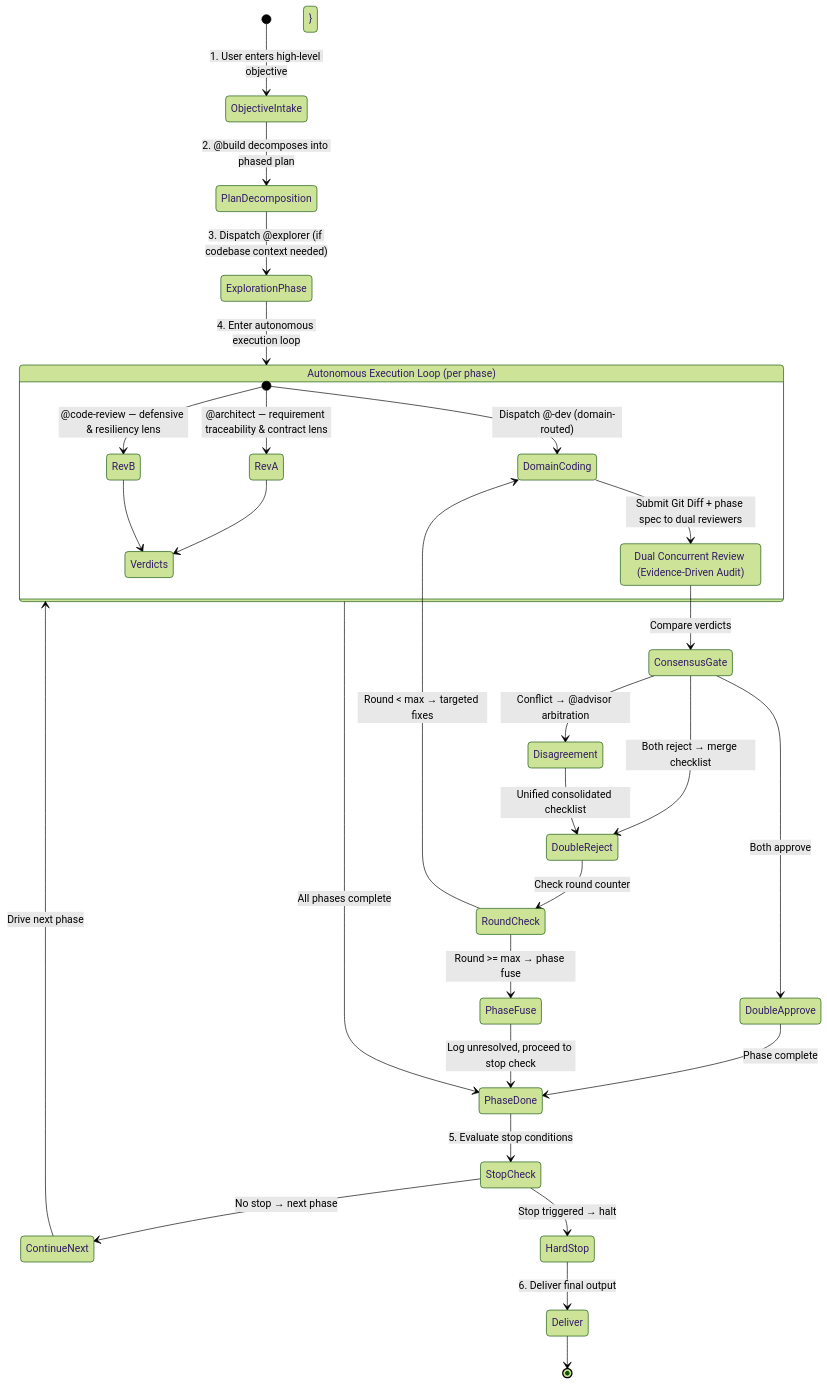
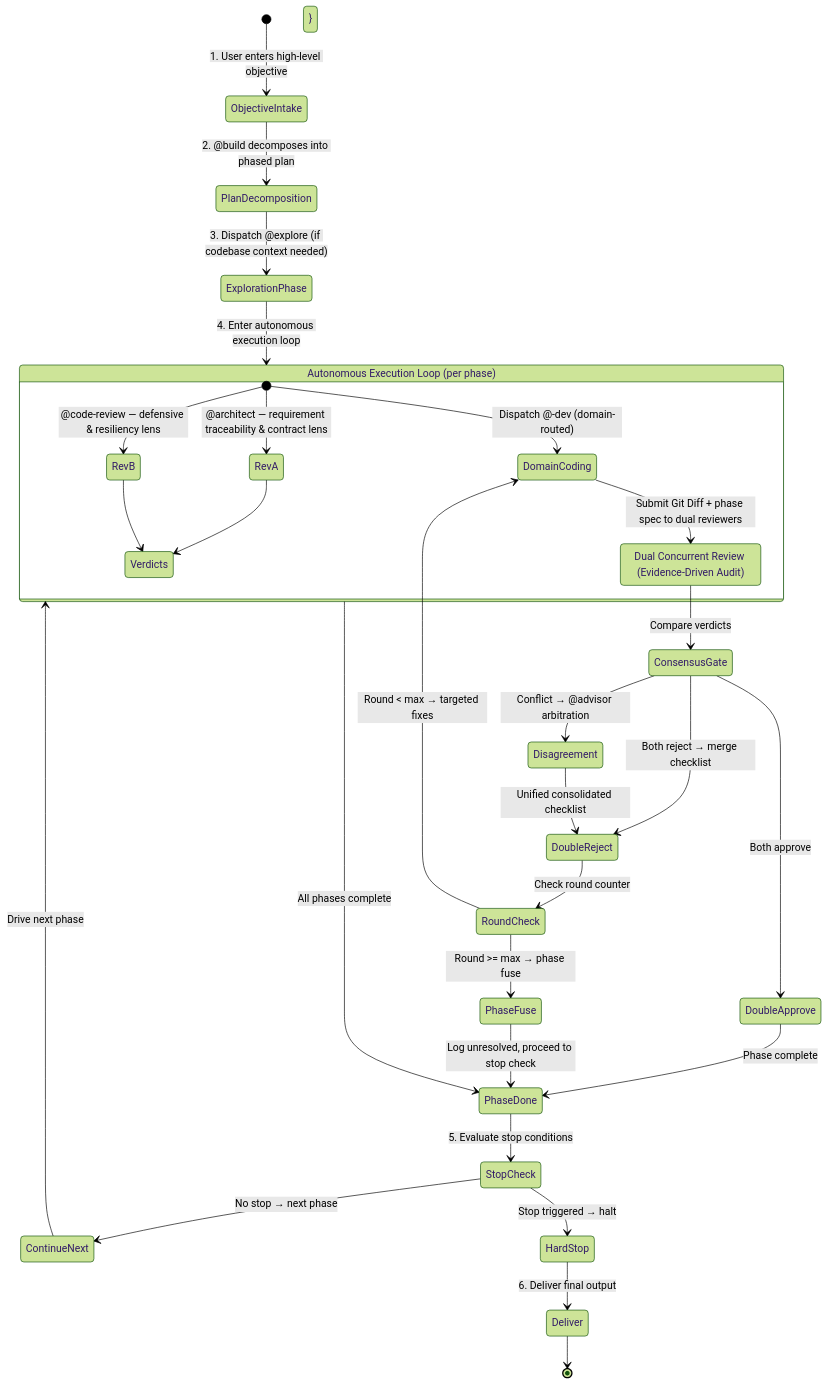
One commit to kenlin8827/opencode-config changed the diagram in skills/ultra-dev/SKILL.md. Above: the diagram before and after it, drawn with Mermaid (forest theme). The commit also changed other lines of this file and 34 other files, not shown here.

````diff
--- a/skills/ultra-dev/SKILL.md
+++ b/skills/ultra-dev/SKILL.md
@@ -18,36 +18,36 @@
 ```mermaid
 stateDiagram-v2
     [*] --> ObjectiveIntake: 1. User enters high-level objective
     ObjectiveIntake --> PlanDecomposition: 2. @build decomposes into phased plan
-    PlanDecomposition --> ExplorationPhase: 3. Dispatch @explorer (if codebase context needed)
+    PlanDecomposition --> ExplorationPhase: 3. Dispatch @explore (if codebase context needed)
     ExplorationPhase --> ExecutionLoop: 4. Enter autonomous execution loop
 
     state "Autonomous Execution Loop (per phase)" as ExecutionLoop {
 [*] --> DomainCoding: Dispatch @<lang>-dev (domain-routed)
 DomainCoding --> DualReview: Submit Git Diff + phase spec to dual reviewers
         state "Dual Concurrent Review (Evidence-Driven Audit)" as DualReview
             [*] --> RevA: @architect — requirement traceability & contract lens
             [*] --> RevB: @code-review — defensive & resiliency lens
             RevA --> Verdicts
             RevB --> Verdicts
         }
         DualReview --> ConsensusGate: Compare verdicts
         ConsensusGate --> DoubleApprove: Both approve
         ConsensusGate --> DoubleReject: Both reject → merge checklist
         ConsensusGate --> Disagreement: Conflict → @advisor arbitration
         Disagreement --> DoubleReject: Unified consolidated checklist
         DoubleReject --> RoundCheck: Check round counter
         RoundCheck --> DomainCoding: Round < max → targeted fixes
         RoundCheck --> PhaseFuse: Round >= max → phase fuse
         DoubleApprove --> PhaseDone: Phase complete
         PhaseFuse --> PhaseDone: Log unresolved, proceed to stop check
     }
 
     ExecutionLoop --> PhaseDone: All phases complete
     PhaseDone --> StopCheck: 5. Evaluate stop conditions
     StopCheck --> ContinueNext: No stop → next phase
     StopCheck --> HardStop: Stop triggered → halt
     ContinueNext --> ExecutionLoop: Drive next phase
     HardStop --> Deliver: 6. Deliver final output
     Deliver --> [*]
 ```
````
